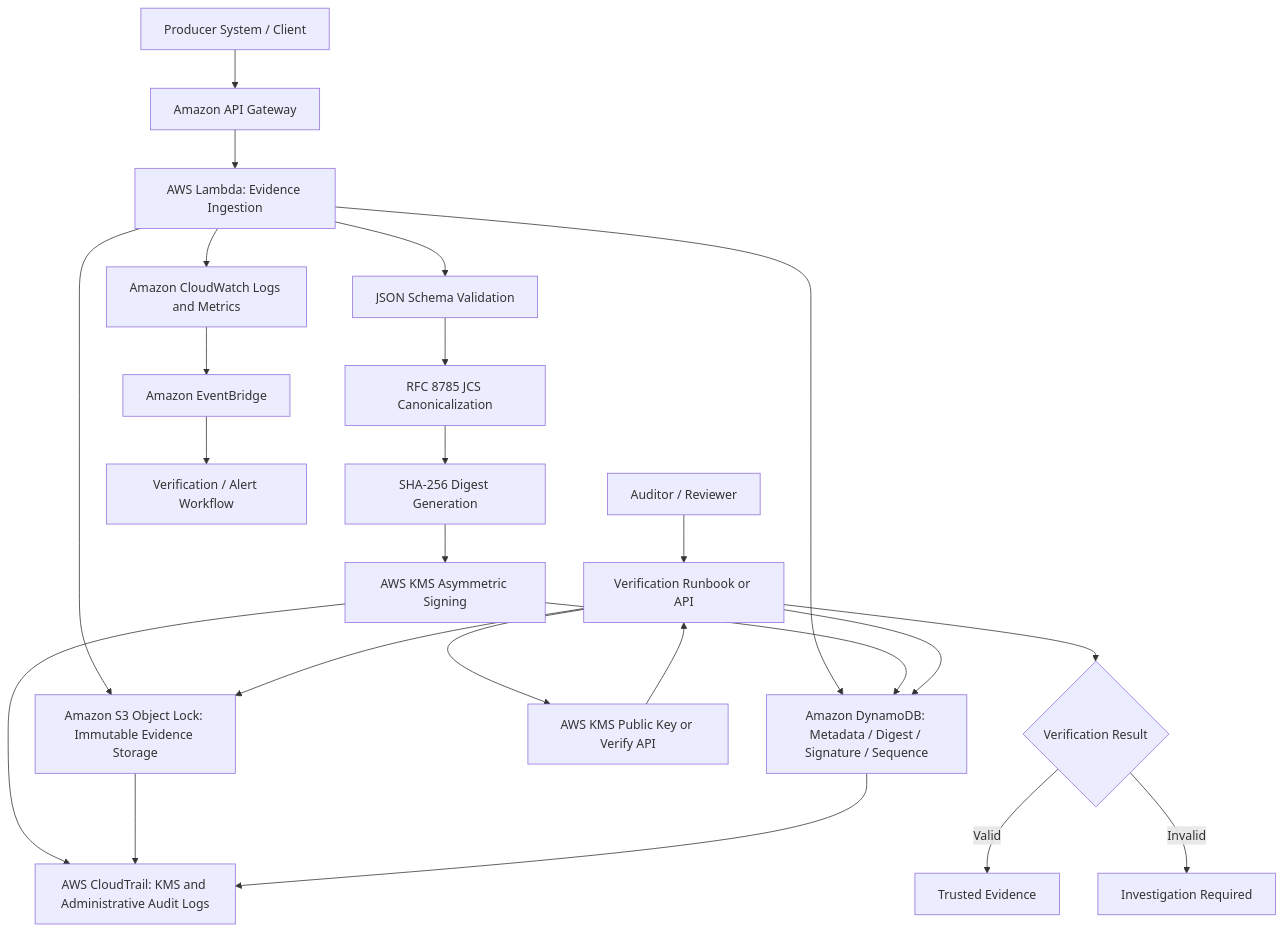
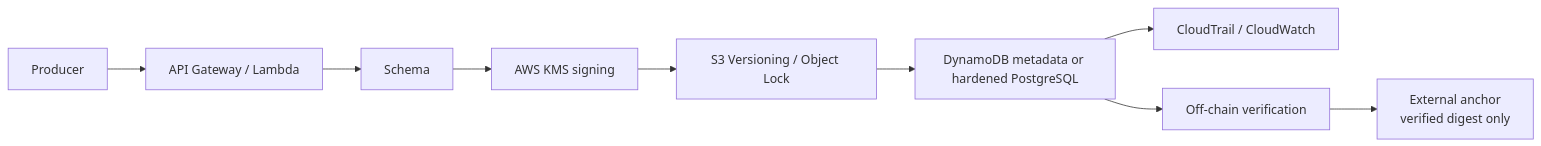
Before and after one commit to kognavi/tanden-trust-audit-poc: the second of 2 diagrams in docs/architecture-diagram.md, drawn with Mermaid. The commit also changed other lines of this file and 11 other files, not shown here.

Commit message:
docs: reconcile agent steering and architecture state (#131)

````diff
--- a/docs/architecture-diagram.md
+++ b/docs/architecture-diagram.md
@@ -67,31 +26,11 @@
 ```mermaid
-flowchart TD
-    A[Producer System / Client] --> B[Amazon API Gateway]
-    B --> C[AWS Lambda: Evidence Ingestion]
-
-    C --> D[JSON Schema Validation]
-    D --> E[RFC 8785 JCS Canonicalization]
-    E --> F[SHA-256 Digest Generation]
-    F --> G[AWS KMS Asymmetric Signing]
-
-    C --> H[Amazon S3 Object Lock: Immutable Evidence Storage]
-    C --> I[Amazon DynamoDB: Metadata / Digest / Signature / Sequence]
-    G --> I
-
-    C --> J[Amazon CloudWatch Logs and Metrics]
-    G --> K[AWS CloudTrail: KMS and Administrative Audit Logs]
-    H --> K
-    I --> K
-
-    L[Amazon EventBridge] --> M[Verification / Alert Workflow]
-    J --> L
-
-    N[Auditor / Reviewer] --> O[Verification Runbook or API]
-    O --> H
-    O --> I
-    O --> P[AWS KMS Public Key or Verify API]
-    P --> O
-    O --> Q{Verification Result}
-    Q -->|Valid| R[Trusted Evidence]
-    Q -->|Invalid| S[Investigation Required]
+flowchart LR
+    P[Producer] --> API[API Gateway / Lambda]
+    API --> SC[Schema]
+    SC --> KMS[AWS KMS signing]
+    KMS --> S3[S3 Versioning / Object Lock]
+    S3 --> DB[DynamoDB metadata or hardened PostgreSQL]
+    DB --> CT[CloudTrail / CloudWatch]
+    DB --> VF[Off-chain verification]
+    VF --> AN[External anchor<br/>verified digest only]
 ```
````
